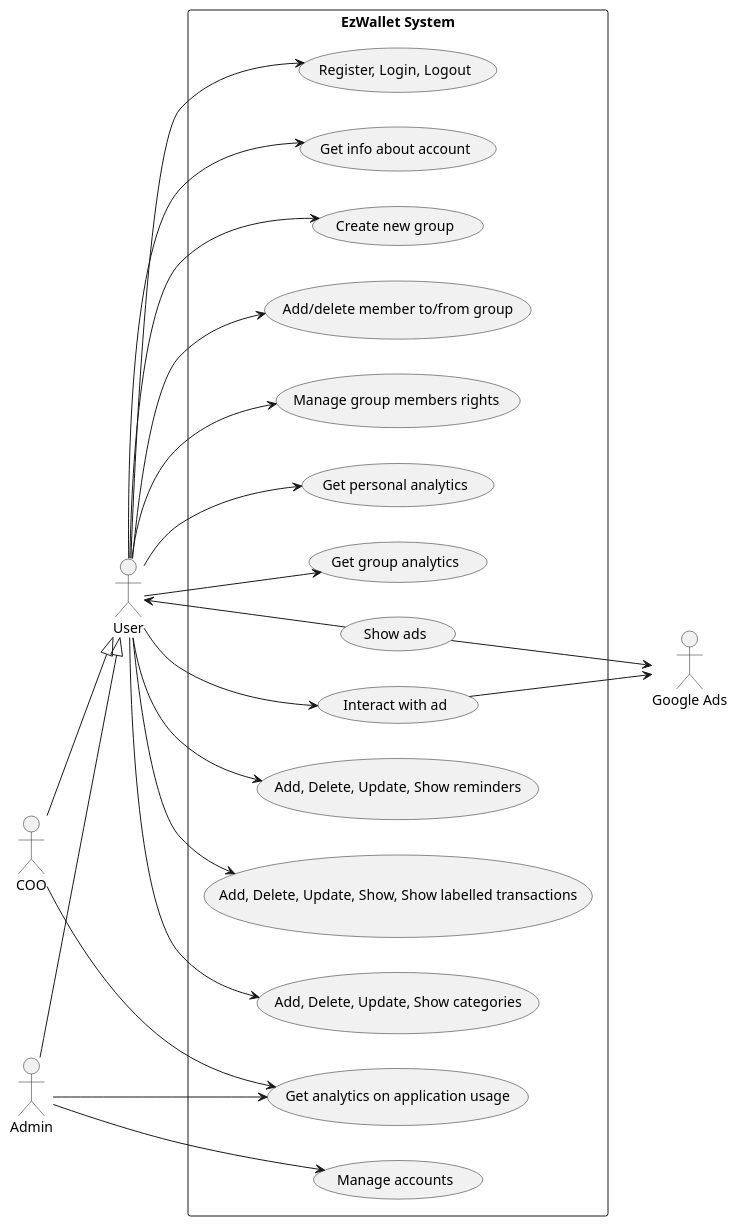
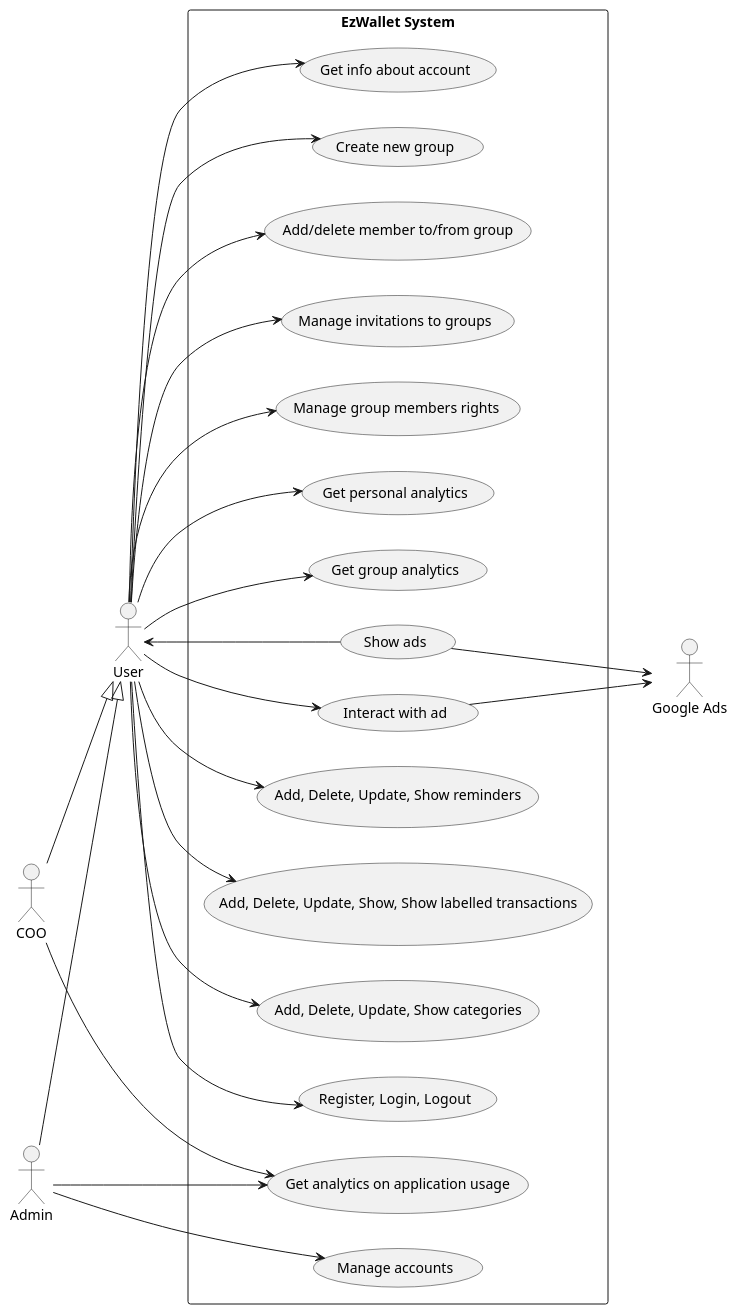
One commit to lara-m2000/ezwallet changed the second of 5 diagrams in RequirementsDocumentV2.md. Above: the diagram before and after it, drawn with PlantUML. The commit also changed other lines of this file, not shown here.

Commit message:
docs: updated use cases and use case diagram

````diff
--- a/RequirementsDocumentV2.md
+++ b/RequirementsDocumentV2.md
@@ -296,55 +297,57 @@
 ```plantuml
 @startuml
 left to right direction
 
 actor User
 actor COO
 actor Admin
 actor "Google Ads" as GAds
 
 Admin --|> User
 COO --|> User
 
 rectangle "EzWallet System" as System {
 	usecase "Add, Delete, Update, Show, Show labelled transactions" as Transaction
 	usecase "Register, Login, Logout" as Auth
 
 	usecase "Add, Delete, Update, Show categories" as Category
 
 	usecase "Get info about account" as UUsers
 	usecase "Create new group" as CreateGroup
 	usecase "Add/delete member to/from group" as AddDeleteToGroup
+	usecase "Manage invitations to groups" as ManageInvitations
 	usecase "Manage group members rights" as ManageMemberRights
 	usecase "Manage accounts" as ManageAccounts
 
 	usecase "Get analytics on application usage" as UsageAnalytics
 
 	usecase "Get personal analytics" as PAnalytics
 	usecase "Get group analytics" as GAnalytics
 
 	usecase "Show ads" as ShowAds
 	usecase "Interact with ad" as InteractAd
 
 	usecase "Add, Delete, Update, Show reminders" as ManageReminders
 }
 User -> Transaction
 User -> Category
 User -> Auth
 User --> UUsers
 User --> PAnalytics
 User --> GAnalytics
 User --> CreateGroup
 User --> AddDeleteToGroup
+User --> ManageInvitations
 User --> ManageMemberRights
 User <-- ShowAds
 User --> InteractAd
 User --> ManageReminders
 ShowAds --> GAds
 InteractAd --> GAds
 Admin --> ManageAccounts
 Admin --> UsageAnalytics
 COO --> UsageAnalytics
 
 
 @enduml
 ```
````
